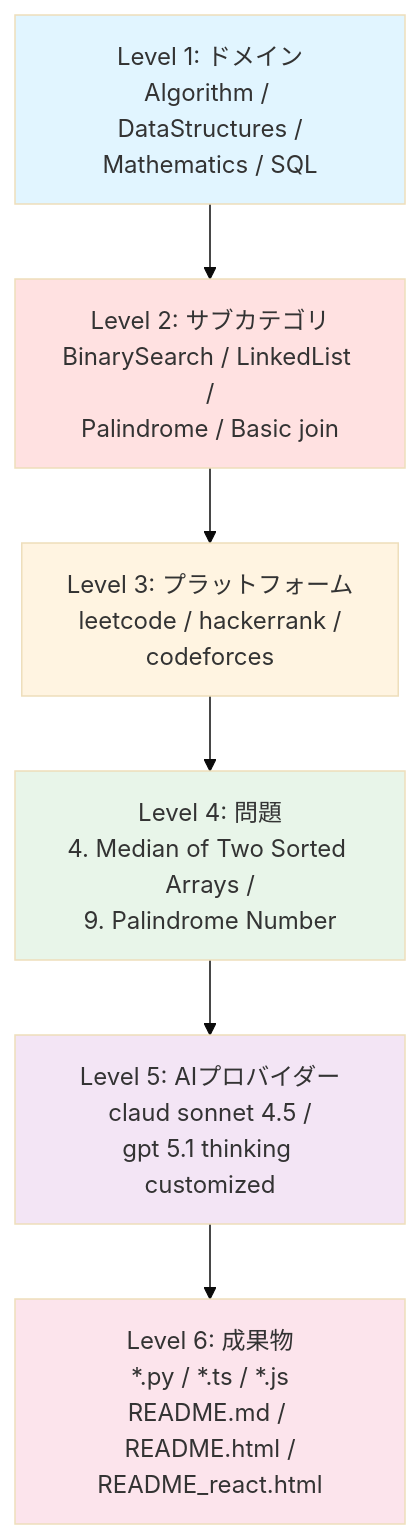
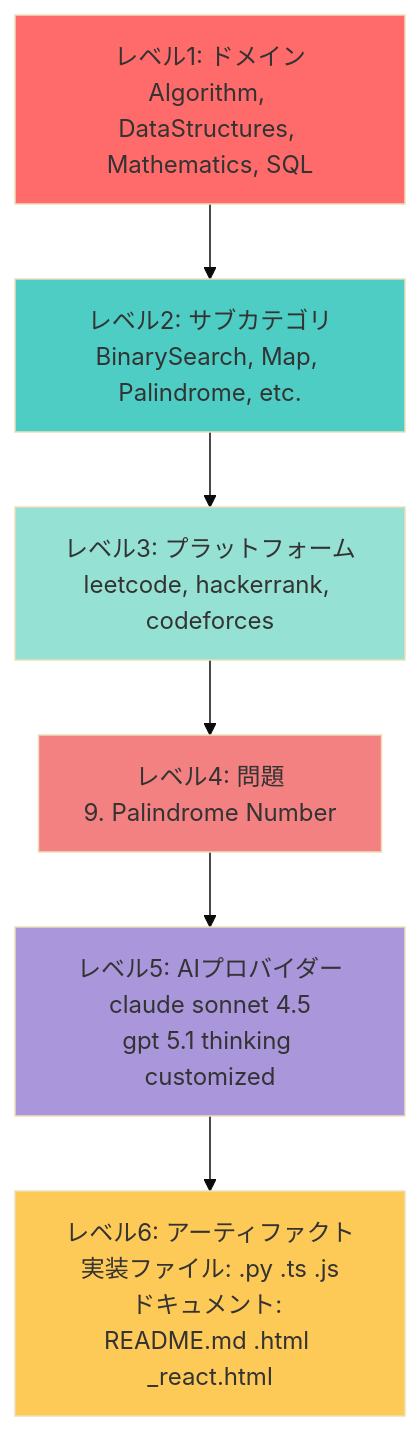
The fourth of 9 diagrams in README.md (myoshi2891/Algorithm-DataStructures-Math-SQL), drawn with Mermaid (base theme) before and after one commit. The commit also changed other lines of this file, not shown here.

````diff
--- a/README.md
+++ b/README.md
@@ -219,22 +257,15 @@
 ```mermaid
-graph TD
-    L1[Level 1: ドメイン<br/>Algorithm / DataStructures /<br/>Mathematics / SQL]
-    L2[Level 2: サブカテゴリ<br/>BinarySearch / LinkedList /<br/>Palindrome / Basic join]
-    L3[Level 3: プラットフォーム<br/>leetcode / hackerrank /<br/>codeforces]
-    L4[Level 4: 問題<br/>4. Median of Two Sorted Arrays /<br/>9. Palindrome Number]
-    L5[Level 5: AIプロバイダー<br/>claud sonnet 4.5 /<br/>gpt 5.1 thinking customized]
-    L6[Level 6: 成果物<br/>*.py / *.ts / *.js<br/>README.md / README.html /<br/>README_react.html]
-
-    L1 --> L2
-    L2 --> L3
-    L3 --> L4
-    L4 --> L5
-    L5 --> L6
-
-    style L1 fill:#e1f5ff
-    style L2 fill:#ffe1e1
-    style L3 fill:#fff4e1
-    style L4 fill:#e8f5e9
-    style L5 fill:#f3e5f5
-    style L6 fill:#fce4ec
+graph TB
+    L1[レベル1: ドメイン<br/>Algorithm, DataStructures, Mathematics, SQL] --> L2[レベル2: サブカテゴリ<br/>BinarySearch, Map, Palindrome, etc.]
+    L2 --> L3[レベル3: プラットフォーム<br/>leetcode, hackerrank, codeforces]
+    L3 --> L4[レベル4: 問題<br/>9. Palindrome Number]
+    L4 --> L5[レベル5: AIプロバイダー<br/>claude sonnet 4.5<br/>gpt 5.1 thinking customized]
+    L5 --> L6[レベル6: アーティファクト<br/>実装ファイル: .py .ts .js<br/>ドキュメント: README.md .html _react.html]
+    
+    style L1 fill:#ff6b6b
+    style L2 fill:#4ecdc4
+    style L3 fill:#95e1d3
+    style L4 fill:#f38181
+    style L5 fill:#aa96da
+    style L6 fill:#feca57
 ```
````
